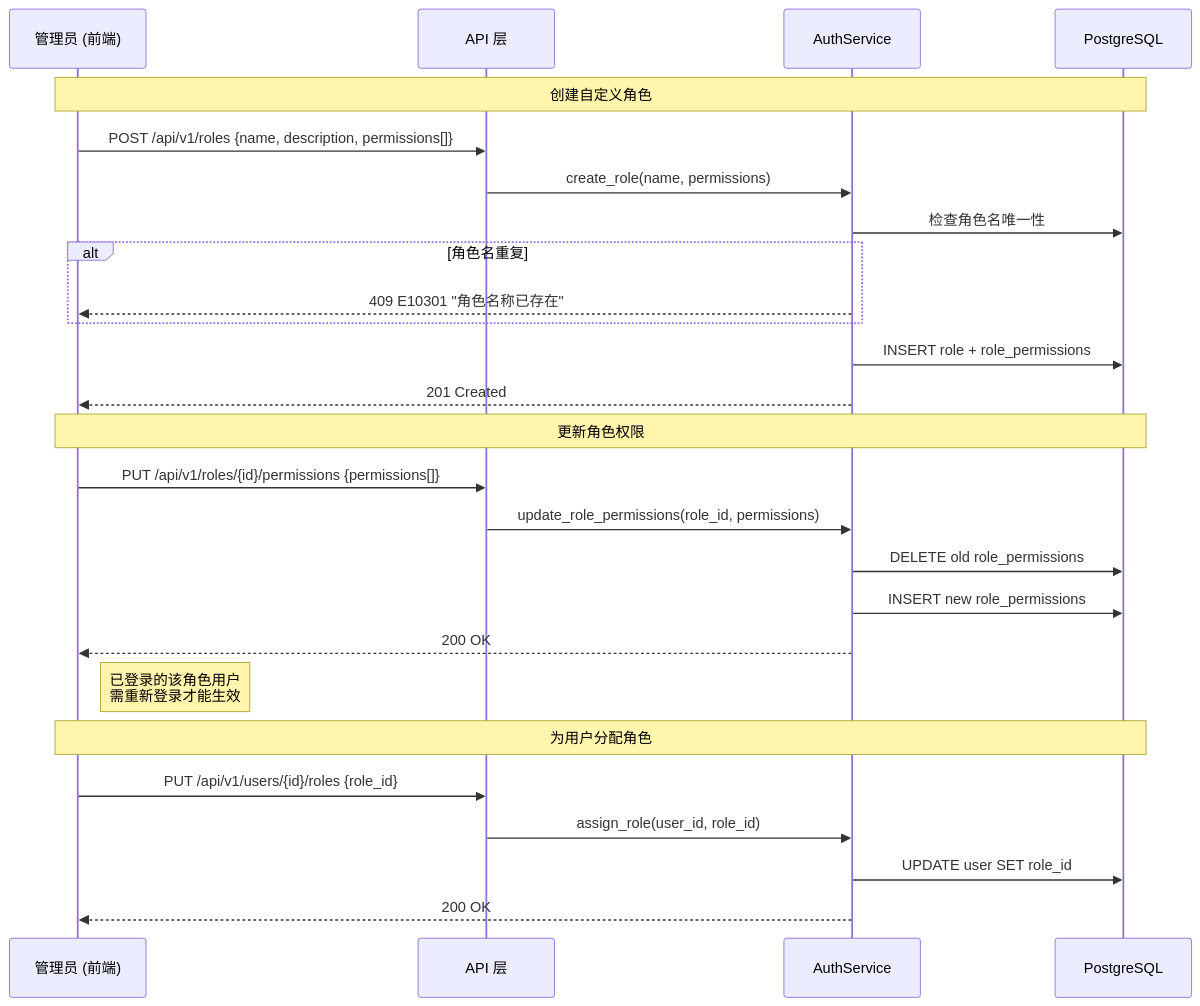
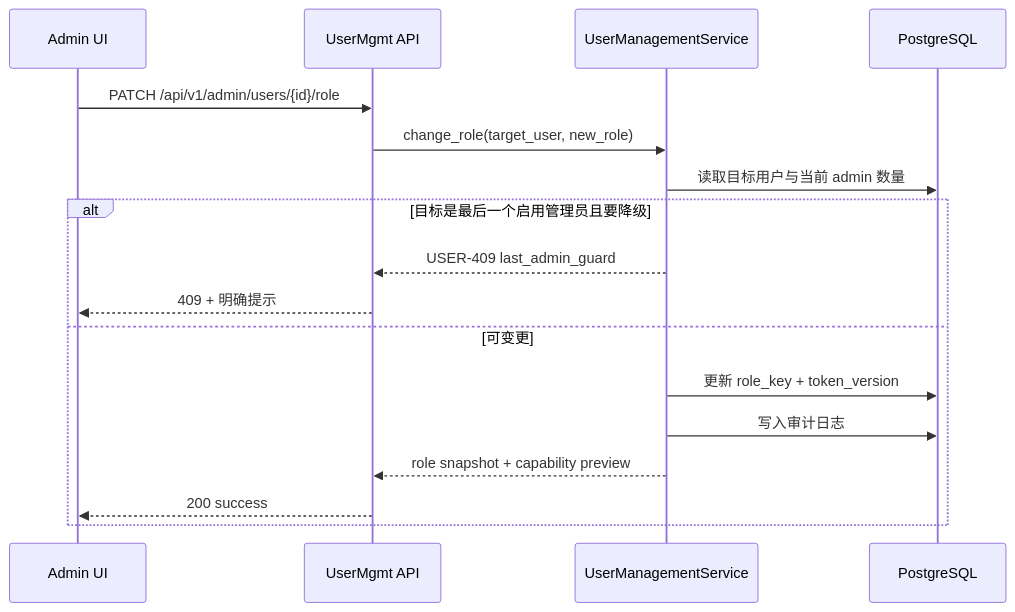
The second of 3 diagrams in specs/master/ad/ad-user-mgmt.md (WangShaoyu1/spec_kit_superpower), drawn with Mermaid before and after one commit. The commit also changed other lines of this file and 416 other files, not shown here.

````diff
--- a/specs/master/ad/ad-user-mgmt.md
+++ b/specs/master/ad/ad-user-mgmt.md
@@ -175,31 +71,20 @@
 ```mermaid
 sequenceDiagram
-    participant Admin as 管理员 (前端)
-    participant API as API 层
-    participant AS as AuthService
-    participant DB as PostgreSQL
+    participant A as Admin UI
+    participant API as UserMgmt API
+    participant SVC as UserManagementService
+    participant PG as PostgreSQL
 
-    Note over Admin, DB: 创建自定义角色
-    Admin->>API: POST /api/v1/roles {name, description, permissions[]}
-    API->>AS: create_role(name, permissions)
-    AS->>DB: 检查角色名唯一性
-    alt 角色名重复
-        AS-->>Admin: 409 E10301 "角色名称已存在"
+    A->>API: PATCH /api/v1/admin/users/{id}/role
+    API->>SVC: change_role(target_user, new_role)
+    SVC->>PG: 读取目标用户与当前 admin 数量
+    alt 目标是最后一个启用管理员且要降级
+        SVC-->>API: USER-409 last_admin_guard
+        API-->>A: 409 + 明确提示
+    else 可变更
+        SVC->>PG: 更新 role_key + token_version
+        SVC->>PG: 写入审计日志
+        SVC-->>API: role snapshot + capability preview
+        API-->>A: 200 success
     end
-    AS->>DB: INSERT role + role_permissions
-    AS-->>Admin: 201 Created
-
-    Note over Admin, DB: 更新角色权限
-    Admin->>API: PUT /api/v1/roles/{id}/permissions {permissions[]}
-    API->>AS: update_role_permissions(role_id, permissions)
-    AS->>DB: DELETE old role_permissions
-    AS->>DB: INSERT new role_permissions
-    AS-->>Admin: 200 OK
-    Note right of Admin: 已登录的该角色用户<br/>需重新登录才能生效
-
-    Note over Admin, DB: 为用户分配角色
-    Admin->>API: PUT /api/v1/users/{id}/roles {role_id}
-    API->>AS: assign_role(user_id, role_id)
-    AS->>DB: UPDATE user SET role_id
-    AS-->>Admin: 200 OK
 ```
````
